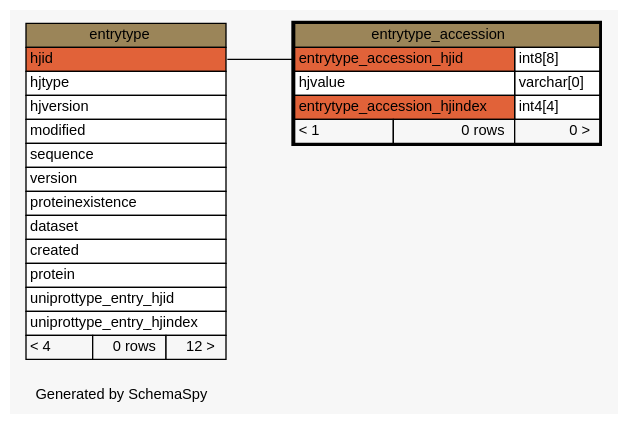
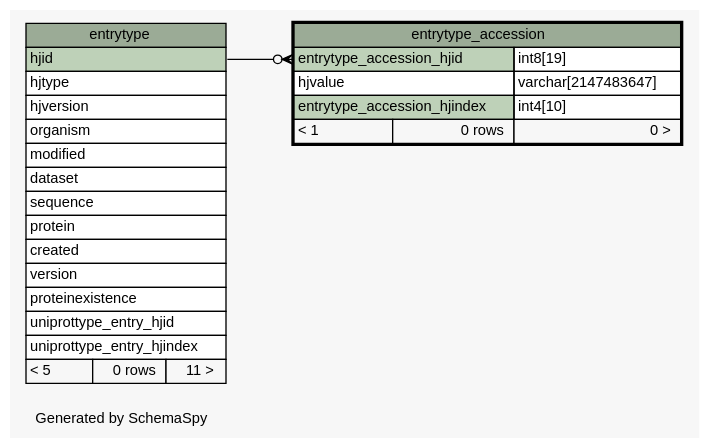
One commit to lmu-bioinformatics/xmlpipedb changed the diagram in site/jekyll/assets/schemaspy/uniprotdb/diagrams/entrytype_accession.1degree.dot. Above: the diagram before and after it, drawn with Graphviz. The commit also changed 1451 other files, not shown here.

Commit message:
New SchemaSpy Results

```diff
--- a/site/jekyll/assets/schemaspy/uniprotdb/diagrams/entrytype_accession.1degree.dot
+++ b/site/jekyll/assets/schemaspy/uniprotdb/diagrams/entrytype_accession.1degree.dot
@@ -1,56 +1,57 @@
-// dot 2.22.2 on Windows Vista 6.0
-// SchemaSpy rev 536
+// dot 2.38.0 on Windows 8.1 6.3
+// SchemaSpy rev 590
 digraph "oneDegreeRelationshipsDiagram" {
   graph [
     rankdir="RL"
     bgcolor="#f7f7f7"
     label="\nGenerated by SchemaSpy"
     labeljust="l"
     nodesep="0.18"
     ranksep="0.46"
     fontname="Helvetica"
     fontsize="11"
   ];
   node [
     fontname="Helvetica"
     fontsize="11"
     shape="plaintext"
   ];
   edge [
     arrowsize="0.8"
   ];
-  "entrytype_accession":"entrytype_accession_hjid":w -> "entrytype":"hjid":e [arrowhead=none arrowtail=crowodot];
+  "entrytype_accession":"entrytype_accession_hjid":w -> "entrytype":"hjid":e [arrowhead=none dir=back arrowtail=crowodot];
   "entrytype" [
     label=<
     <TABLE BORDER="0" CELLBORDER="1" CELLSPACING="0" BGCOLOR="#ffffff">
-      <TR><TD COLSPAN="3" BGCOLOR="#9b8559" ALIGN="CENTER">entrytype</TD></TR>
-      <TR><TD PORT="hjid" COLSPAN="3" BGCOLOR="#e16239" ALIGN="LEFT">hjid</TD></TR>
+      <TR><TD COLSPAN="3" BGCOLOR="#9bab96" ALIGN="CENTER">entrytype</TD></TR>
+      <TR><TD PORT="hjid" COLSPAN="3" BGCOLOR="#bed1b8" ALIGN="LEFT">hjid</TD></TR>
       <TR><TD PORT="hjtype" COLSPAN="3" ALIGN="LEFT">hjtype</TD></TR>
       <TR><TD PORT="hjversion" COLSPAN="3" ALIGN="LEFT">hjversion</TD></TR>
+      <TR><TD PORT="organism" COLSPAN="3" ALIGN="LEFT">organism</TD></TR>
       <TR><TD PORT="modified" COLSPAN="3" ALIGN="LEFT">modified</TD></TR>
+      <TR><TD PORT="dataset" COLSPAN="3" ALIGN="LEFT">dataset</TD></TR>
       <TR><TD PORT="sequence" COLSPAN="3" ALIGN="LEFT">sequence</TD></TR>
+      <TR><TD PORT="protein" COLSPAN="3" ALIGN="LEFT">protein</TD></TR>
+      <TR><TD PORT="created" COLSPAN="3" ALIGN="LEFT">created</TD></TR>
       <TR><TD PORT="version" COLSPAN="3" ALIGN="LEFT">version</TD></TR>
       <TR><TD PORT="proteinexistence" COLSPAN="3" ALIGN="LEFT">proteinexistence</TD></TR>
-      <TR><TD PORT="dataset" COLSPAN="3" ALIGN="LEFT">dataset</TD></TR>
-      <TR><TD PORT="created" COLSPAN="3" ALIGN="LEFT">created</TD></TR>
-      <TR><TD PORT="protein" COLSPAN="3" ALIGN="LEFT">protein</TD></TR>
       <TR><TD PORT="uniprottype_entry_hjid" COLSPAN="3" ALIGN="LEFT">uniprottype_entry_hjid</TD></TR>
       <TR><TD PORT="uniprottype_entry_hjindex" COLSPAN="3" ALIGN="LEFT">uniprottype_entry_hjindex</TD></TR>
-      <TR><TD ALIGN="LEFT" BGCOLOR="#f7f7f7">&lt; 4</TD><TD ALIGN="RIGHT" BGCOLOR="#f7f7f7">0 rows</TD><TD ALIGN="RIGHT" BGCOLOR="#f7f7f7">12 &gt;</TD></TR>
+      <TR><TD ALIGN="LEFT" BGCOLOR="#f7f7f7">&lt; 5</TD><TD ALIGN="RIGHT" BGCOLOR="#f7f7f7">0 rows</TD><TD ALIGN="RIGHT" BGCOLOR="#f7f7f7">11 &gt;</TD></TR>
     </TABLE>>
     URL="entrytype.html"
     tooltip="entrytype"
   ];
   "entrytype_accession" [
     label=<
     <TABLE BORDER="2" CELLBORDER="1" CELLSPACING="0" BGCOLOR="#ffffff">
-      <TR><TD COLSPAN="3" BGCOLOR="#9b8559" ALIGN="CENTER">entrytype_accession</TD></TR>
-      <TR><TD PORT="entrytype_accession_hjid" COLSPAN="2" BGCOLOR="#e16239" ALIGN="LEFT">entrytype_accession_hjid</TD><TD PORT="entrytype_accession_hjid.type" ALIGN="LEFT">int8[8]</TD></TR>
-      <TR><TD PORT="hjvalue" COLSPAN="2" ALIGN="LEFT">hjvalue</TD><TD PORT="hjvalue.type" ALIGN="LEFT">varchar[0]</TD></TR>
-      <TR><TD PORT="entrytype_accession_hjindex" COLSPAN="2" BGCOLOR="#e16239" ALIGN="LEFT">entrytype_accession_hjindex</TD><TD PORT="entrytype_accession_hjindex.type" ALIGN="LEFT">int4[4]</TD></TR>
+      <TR><TD COLSPAN="3" BGCOLOR="#9bab96" ALIGN="CENTER">entrytype_accession</TD></TR>
+      <TR><TD PORT="entrytype_accession_hjid" COLSPAN="2" BGCOLOR="#bed1b8" ALIGN="LEFT">entrytype_accession_hjid</TD><TD PORT="entrytype_accession_hjid.type" ALIGN="LEFT">int8[19]</TD></TR>
+      <TR><TD PORT="hjvalue" COLSPAN="2" ALIGN="LEFT">hjvalue</TD><TD PORT="hjvalue.type" ALIGN="LEFT">varchar[2147483647]</TD></TR>
+      <TR><TD PORT="entrytype_accession_hjindex" COLSPAN="2" BGCOLOR="#bed1b8" ALIGN="LEFT">entrytype_accession_hjindex</TD><TD PORT="entrytype_accession_hjindex.type" ALIGN="LEFT">int4[10]</TD></TR>
       <TR><TD ALIGN="LEFT" BGCOLOR="#f7f7f7">&lt; 1</TD><TD ALIGN="RIGHT" BGCOLOR="#f7f7f7">0 rows</TD><TD ALIGN="RIGHT" BGCOLOR="#f7f7f7">0 &gt;</TD></TR>
     </TABLE>>
     URL="entrytype_accession.html"
     tooltip="entrytype_accession"
   ];
 }
```
